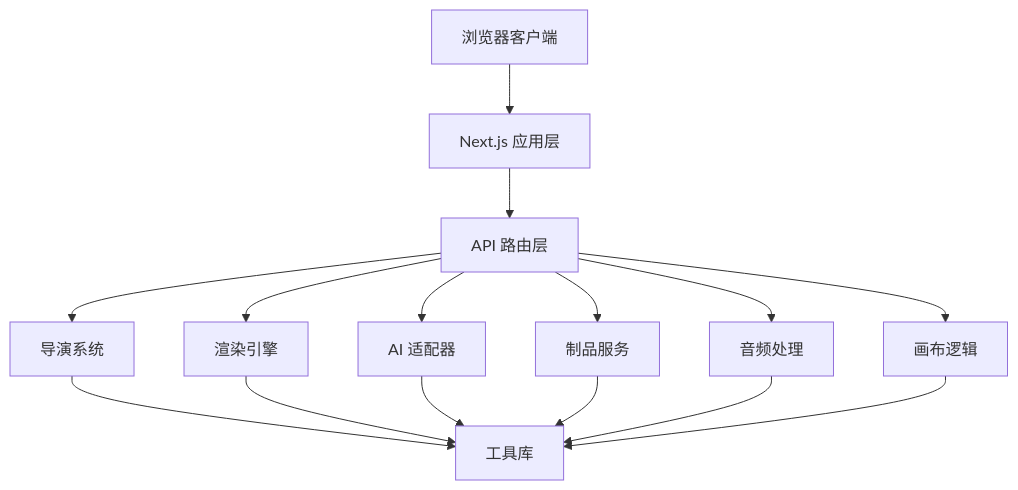
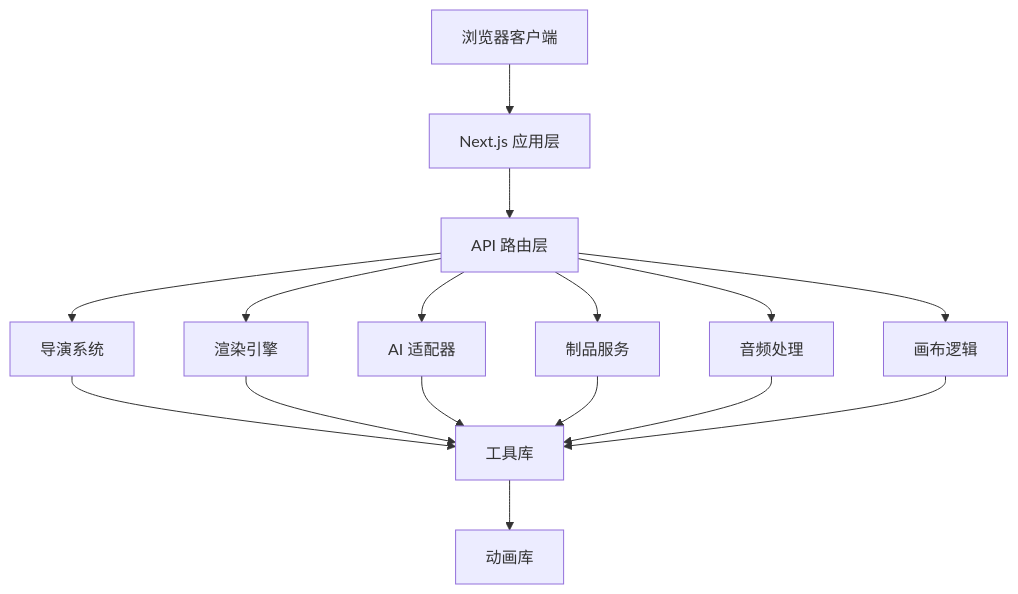
The second of 11 diagrams in .qoder/repowiki/zh/content/架构设计/架构设计.md (AIMFllyYS/code-video-canvas), drawn with Mermaid before and after one commit. The commit also changed other lines of this file and 18 other files, not shown here.

````diff
--- a/.qoder/repowiki/zh/content/架构设计/架构设计.md
+++ b/.qoder/repowiki/zh/content/架构设计/架构设计.md
@@ -254,17 +272,18 @@
 ```mermaid
 graph TB
 Client["浏览器客户端"] --> App["Next.js 应用层"]
 App --> API["API 路由层"]
 API --> Director["导演系统"]
 API --> Render["渲染引擎"]
 API --> AI["AI 适配器"]
 API --> Artifacts["制品服务"]
 API --> Audio["音频处理"]
 API --> Canvas["画布逻辑"]
 Director --> Lib["工具库"]
 Render --> Lib
 AI --> Lib
 Artifacts --> Lib
 Audio --> Lib
 Canvas --> Lib
+Lib --> Motion["动画库"]
 ```
````
